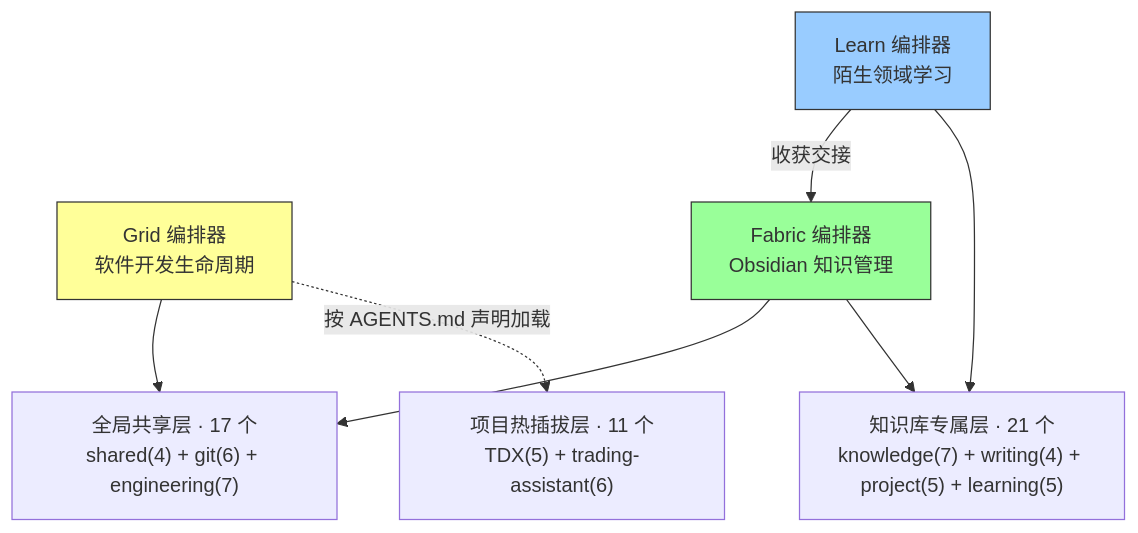
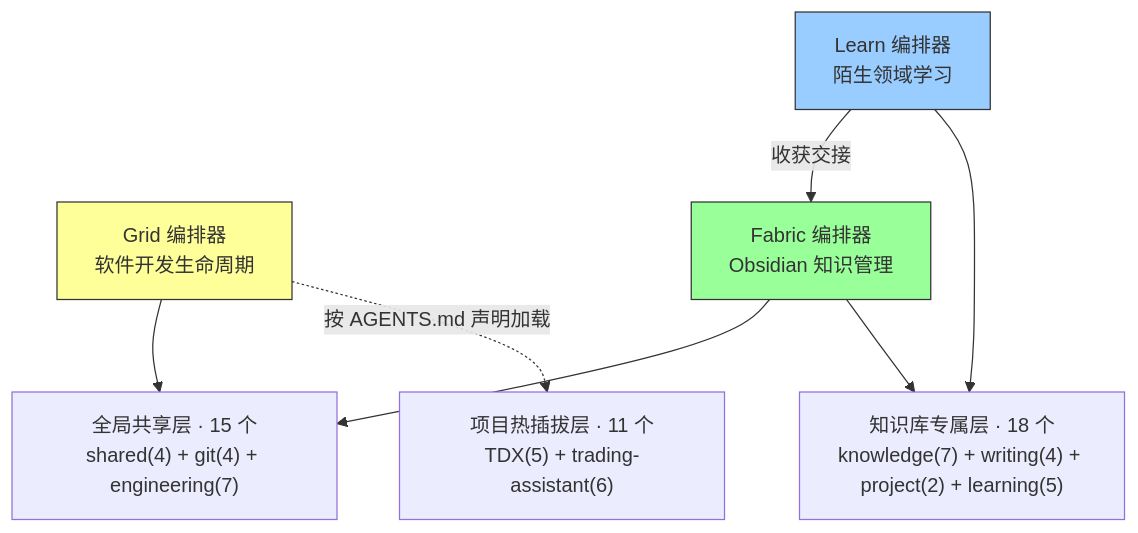
The first of 4 diagrams in README.md (Grid0723/skills), drawn with Mermaid before and after one commit. The commit also changed other lines of this file and 31 other files, not shown here.

First line of the commit message:
refactor!: 按工作单元合并 git 与 project 域 skill

````diff
--- a/README.md
+++ b/README.md
@@ -50,20 +51,20 @@
 ```mermaid
 graph TB
     GRID["Grid 编排器<br/>软件开发生命周期"]
     FAB["Fabric 编排器<br/>Obsidian 知识管理"]
     LEARN["Learn 编排器<br/>陌生领域学习"]
-    SHARED["全局共享层 · 17 个<br/>shared(4) + git(6) + engineering(7)"]
-    VAULT["知识库专属层 · 21 个<br/>knowledge(7) + writing(4) + project(5) + learning(5)"]
+    SHARED["全局共享层 · 15 个<br/>shared(4) + git(4) + engineering(7)"]
+    VAULT["知识库专属层 · 18 个<br/>knowledge(7) + writing(4) + project(2) + learning(5)"]
     PROJ["项目热插拔层 · 11 个<br/>TDX(5) + trading-assistant(6)"]
 
     GRID --> SHARED
     FAB --> SHARED
     LEARN -->|收获交接| FAB
     FAB --> VAULT
     LEARN --> VAULT
     GRID -.->|按 AGENTS.md 声明加载| PROJ
 
     style GRID fill:#ff9,stroke:#333
     style FAB fill:#9f9,stroke:#333
     style LEARN fill:#9cf,stroke:#333
 ```
````
